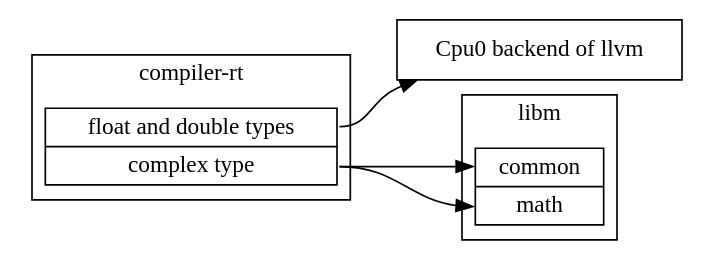
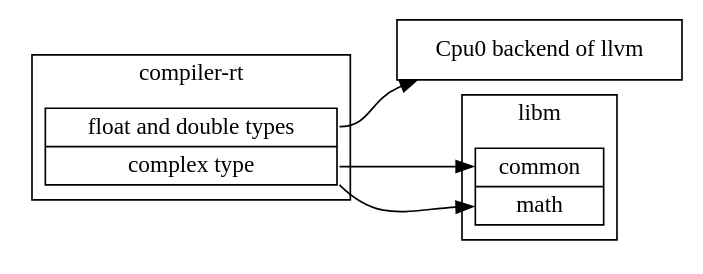
One commit to Jonathan2251/lbt changed the diagram in Fig/lib/compiler-rt-dep-short.gv. Above: the diagram before and after it, drawn with Graphviz. The commit also changed 1 other file, not shown here.

Commit message:
lib.rst: compiler-rt-dep-short.gv

```diff
--- a/Fig/lib/compiler-rt-dep-short.gv
+++ b/Fig/lib/compiler-rt-dep-short.gv
@@ -1,23 +1,23 @@
 // dot -Tpng compiler-rt-dep-short.gv -o compiler-rt-dep-short.png
 digraph G {
   rankdir=LR;
 
   compound=true;
   node [shape=record];
 
   subgraph cluster_compiler_rt {
     label = "compiler-rt";
     compiler_rt [label="<fdt> float and double types | <ct> complex type"];
   }
 
   node [label = "Cpu0 backend of llvm"]; cpu0;
 
   subgraph cluster_libm {
     label = "libm";
     libm [label="<c> common | <ma> math"];
   }
 
   compiler_rt:ct -> libm:c;
-  compiler_rt:ct -> libm:ma;
+  compiler_rt:ct:se -> libm:ma;
   compiler_rt:fdt -> cpu0;
 }
```
